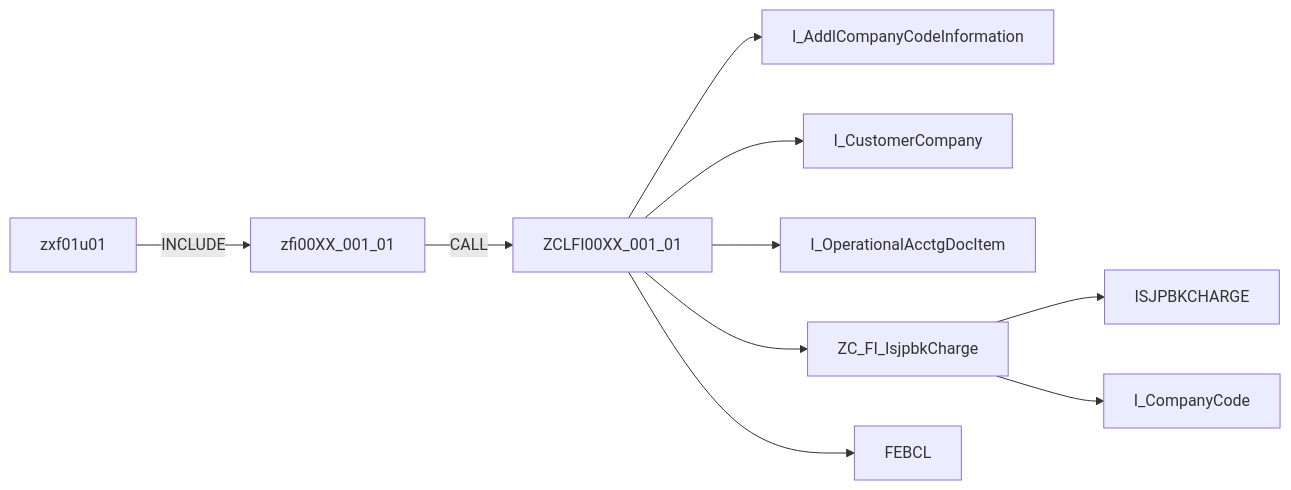
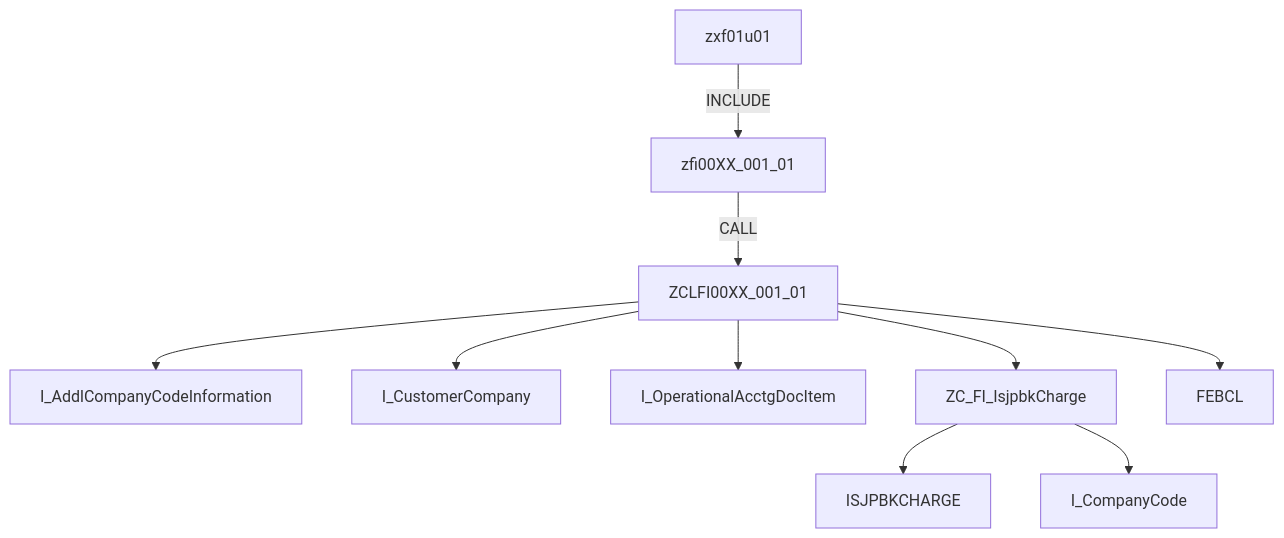
Before and after one commit to blackif/demo: the second of 2 diagrams in sap/abap/Classical/demo3/README.md, drawn with Mermaid. The commit also changed other lines of this file, not shown here.

Commit message:
docs: change demo3 diagrams to top-down flow

````diff
--- a/sap/abap/Classical/demo3/README.md
+++ b/sap/abap/Classical/demo3/README.md
@@ -166,12 +166,12 @@
 ```mermaid
-flowchart LR
-    A[zxf01u01] -->|INCLUDE| B[zfi00XX_001_01]
-    B -->|CALL| C[ZCLFI00XX_001_01]
-    C --> D[I_AddlCompanyCodeInformation]
-    C --> E[I_CustomerCompany]
-    C --> F[I_OperationalAcctgDocItem]
-    C --> G[ZC_FI_IsjpbkCharge]
-    G --> H[ISJPBKCHARGE]
-    G --> I[I_CompanyCode]
-    C --> J[FEBCL]
+flowchart TD
+    A["zxf01u01"] -->|INCLUDE| B["zfi00XX_001_01"]
+    B -->|CALL| C["ZCLFI00XX_001_01"]
+    C --> D["I_AddlCompanyCodeInformation"]
+    C --> E["I_CustomerCompany"]
+    C --> F["I_OperationalAcctgDocItem"]
+    C --> G["ZC_FI_IsjpbkCharge"]
+    G --> H["ISJPBKCHARGE"]
+    G --> I["I_CompanyCode"]
+    C --> J["FEBCL"]
 ```
````
